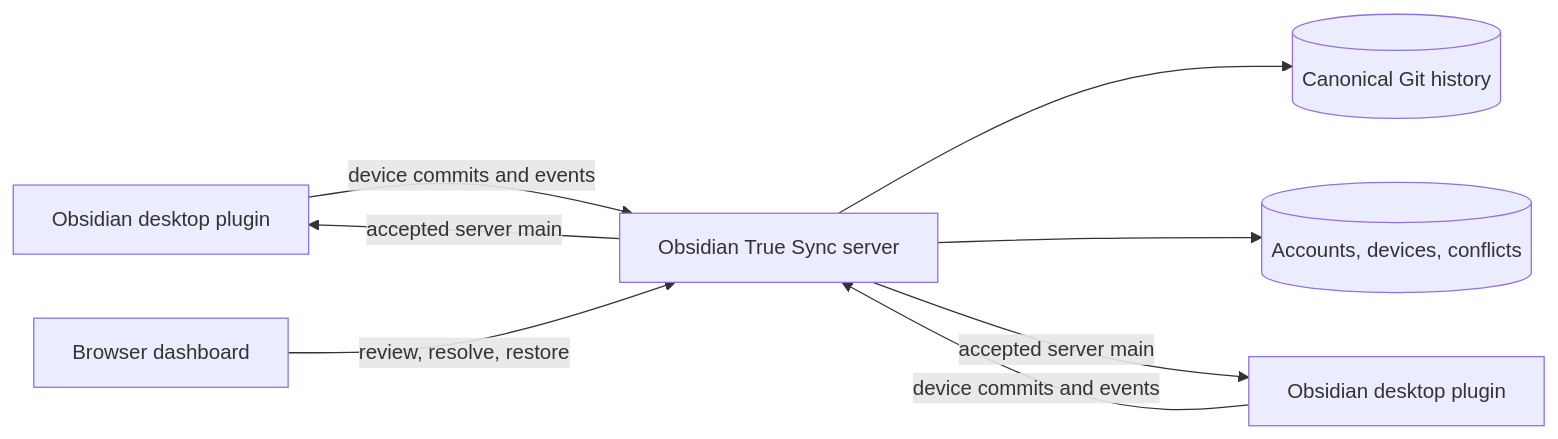
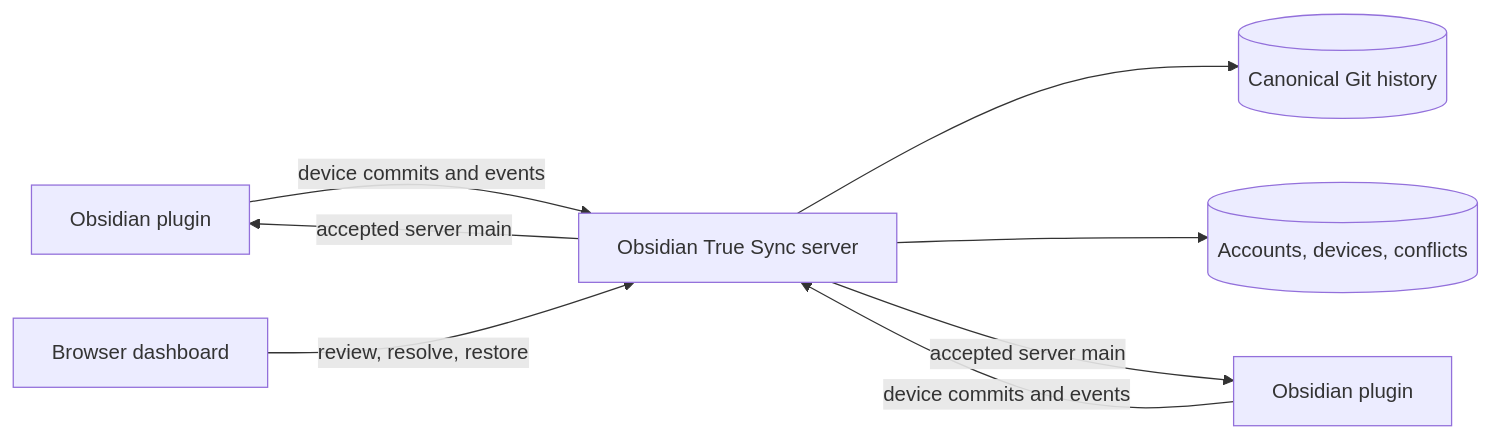
Before and after one commit to nareto/obts: the diagram in README.md, drawn with Mermaid. The commit also changed other lines of this file and 15 other files, not shown here.

Commit message:
feat(plugin): support Obsidian mobile

````diff
--- a/README.md
+++ b/README.md
@@ -32,10 +32,10 @@
 ```mermaid
 flowchart LR
-    A[Obsidian desktop plugin] -->|device commits and events| B[Obsidian True Sync server]
-    C[Obsidian desktop plugin] -->|device commits and events| B
+    A[Obsidian plugin] -->|device commits and events| B[Obsidian True Sync server]
+    C[Obsidian plugin] -->|device commits and events| B
     B --> D[(Canonical Git history)]
     B --> E[(Accounts, devices, conflicts)]
     F[Browser dashboard] -->|review, resolve, restore| B
     B -->|accepted server main| A
     B -->|accepted server main| C
 ```
````
